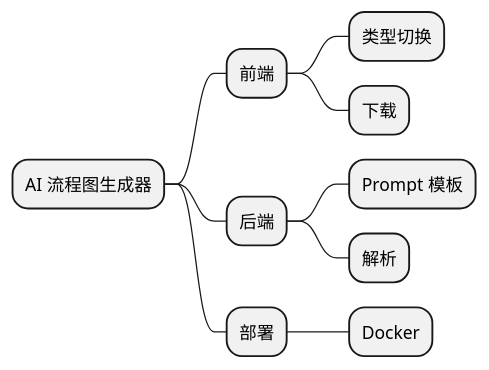
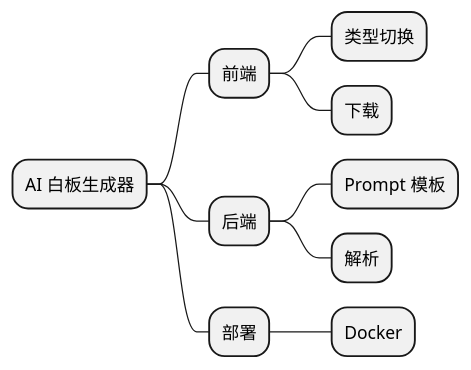
One commit to Nihao7-L/flowchart-ai changed the second of 3 diagrams in README.md. Above: the diagram before and after it, drawn with PlantUML. The commit also changed other lines of this file and 65 other files, not shown here.

````diff
--- a/README.md
+++ b/README.md
@@ -161,13 +161,13 @@
 ```plantuml
 @startmindmap
-* AI 流程图生成器
+* AI 白板生成器
 ** 前端
 *** 类型切换
 *** 下载
 ** 后端
 *** Prompt 模板
 *** 解析
 ** 部署
 *** Docker
 @endmindmap
 ```
````
